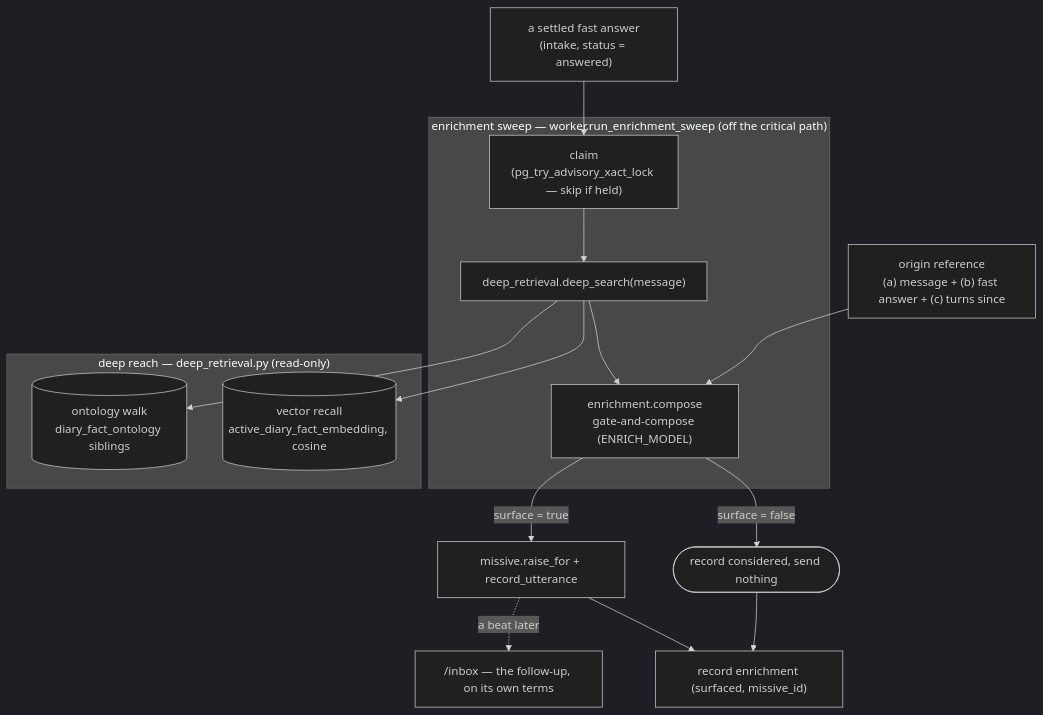
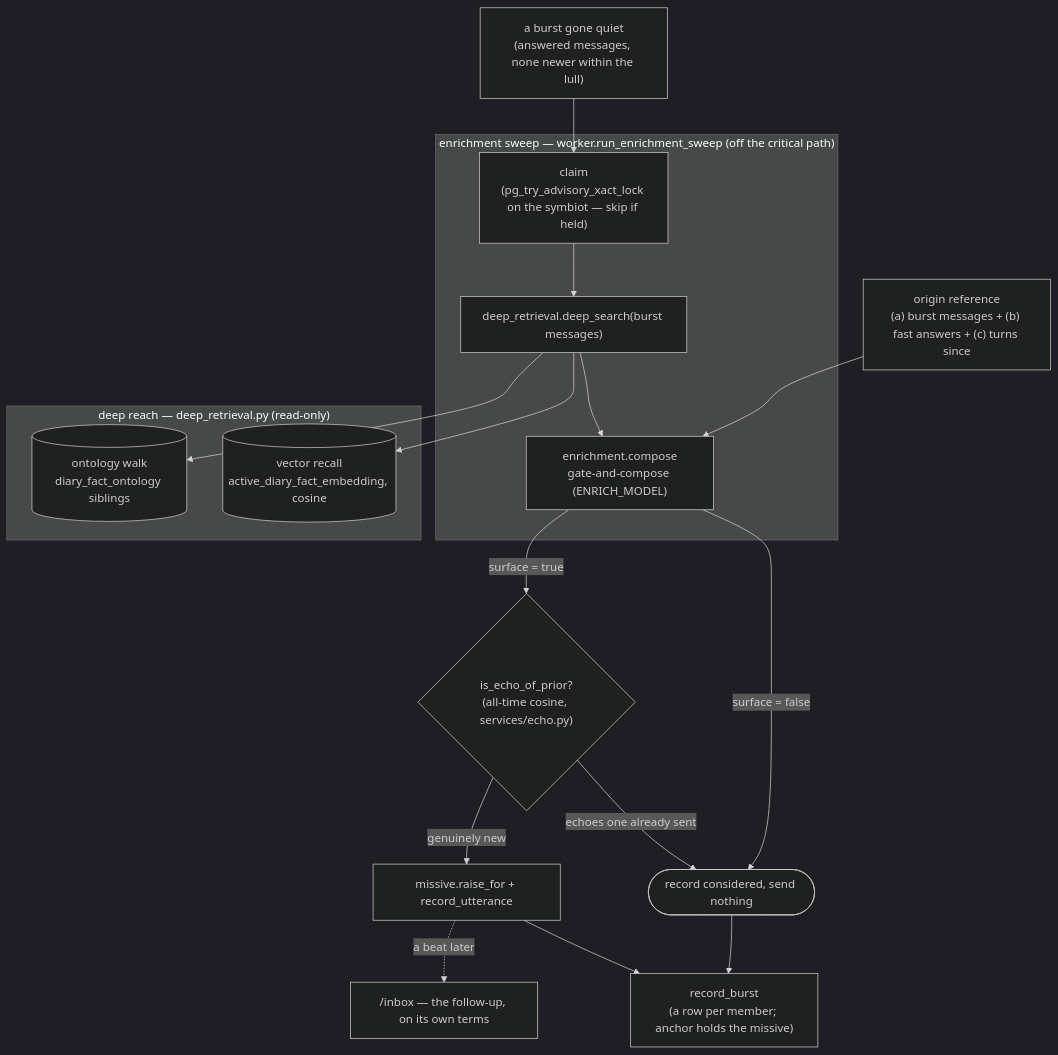
One commit to the-joy-com/kernel.os-joy.com changed the fourth of 4 diagrams in doc/context-engineering.md. Above: the diagram before and after it, drawn with Mermaid (dark theme). The commit also changed other lines of this file and 17 other files, not shown here.

First line of the commit message:
Debounce Tier 2 enrichment into settled bursts and add the echo guard

````diff
--- a/doc/context-engineering.md
+++ b/doc/context-engineering.md
@@ -193,23 +197,25 @@
 ```mermaid
 flowchart TD
-    settled["a settled fast answer<br/>(intake, status = answered)"] --> claim
+    settled["a burst gone quiet<br/>(answered messages, none newer within the lull)"] --> claim
 
     subgraph sweep["enrichment sweep — worker.run_enrichment_sweep (off the critical path)"]
-        claim["claim<br/>(pg_try_advisory_xact_lock — skip if held)"] --> reach
-        reach["deep_retrieval.deep_search(message)"] --> gate
+        claim["claim<br/>(pg_try_advisory_xact_lock on the symbiot — skip if held)"] --> reach
+        reach["deep_retrieval.deep_search(burst messages)"] --> gate
     end
 
     subgraph deep["deep reach — deep_retrieval.py (read-only)"]
         vec[("vector recall<br/>active_diary_fact_embedding, cosine")]
         walk[("ontology walk<br/>diary_fact_ontology siblings")]
     end
     reach --> vec
     reach --> walk
 
-    origin["origin reference<br/>(a) message + (b) fast answer + (c) turns since"] --> gate
+    origin["origin reference<br/>(a) burst messages + (b) fast answers + (c) turns since"] --> gate
     gate["enrichment.compose<br/>gate-and-compose (ENRICH_MODEL)"] -->|"surface = false"| silent(["record considered, send nothing"])
-    gate -->|"surface = true"| send["missive.raise_for + record_utterance"]
-    send --> record["record enrichment (surfaced, missive_id)"]
+    gate -->|"surface = true"| echo{"is_echo_of_prior?<br/>(all-time cosine, services/echo.py)"}
+    echo -->|"echoes one already sent"| silent
+    echo -->|"genuinely new"| send["missive.raise_for + record_utterance"]
+    send --> record["record_burst<br/>(a row per member; anchor holds the missive)"]
     silent --> record
     send -.->|"a beat later"| inbox["/inbox — the follow-up, on its own terms"]
 ```
````
